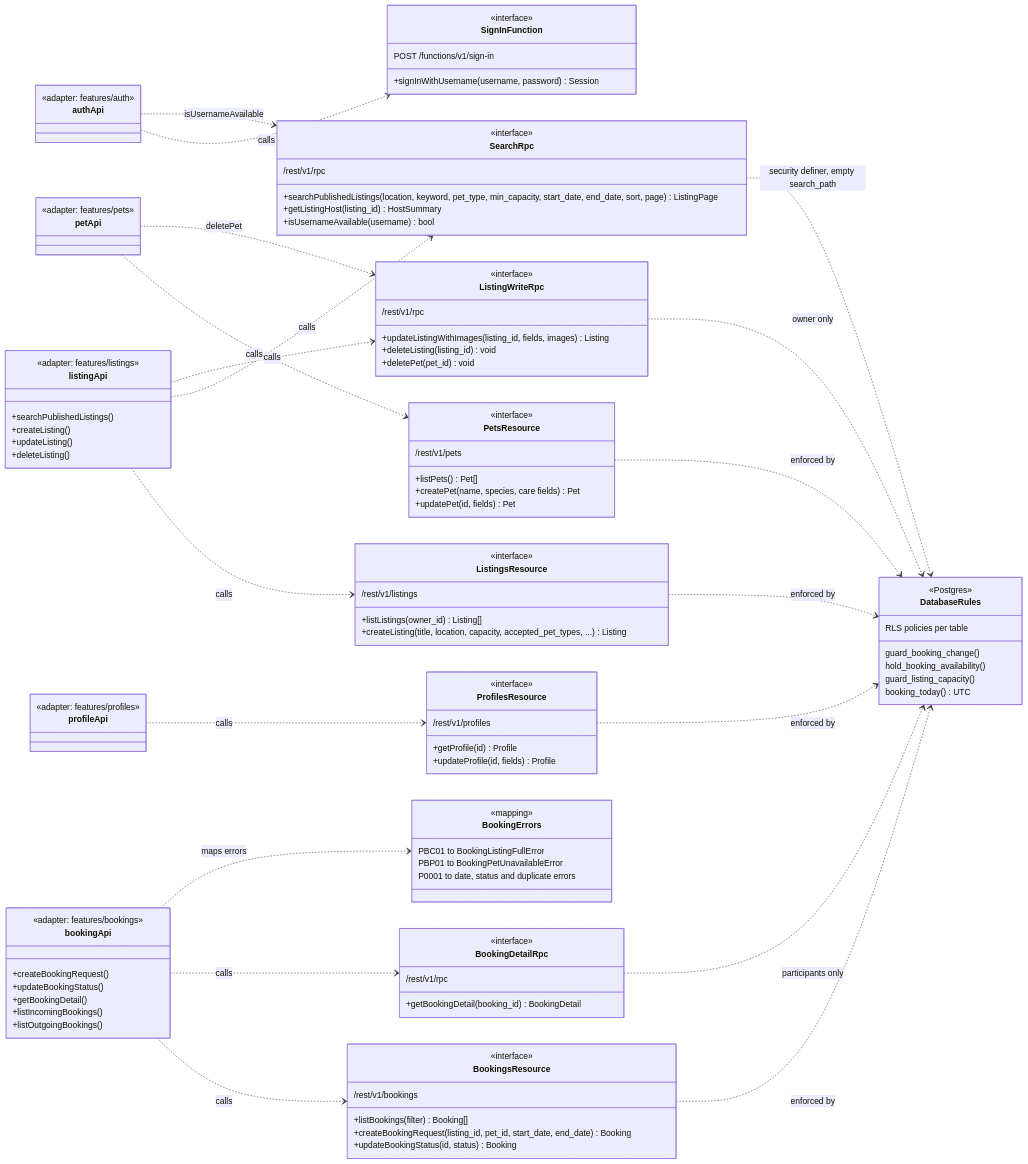
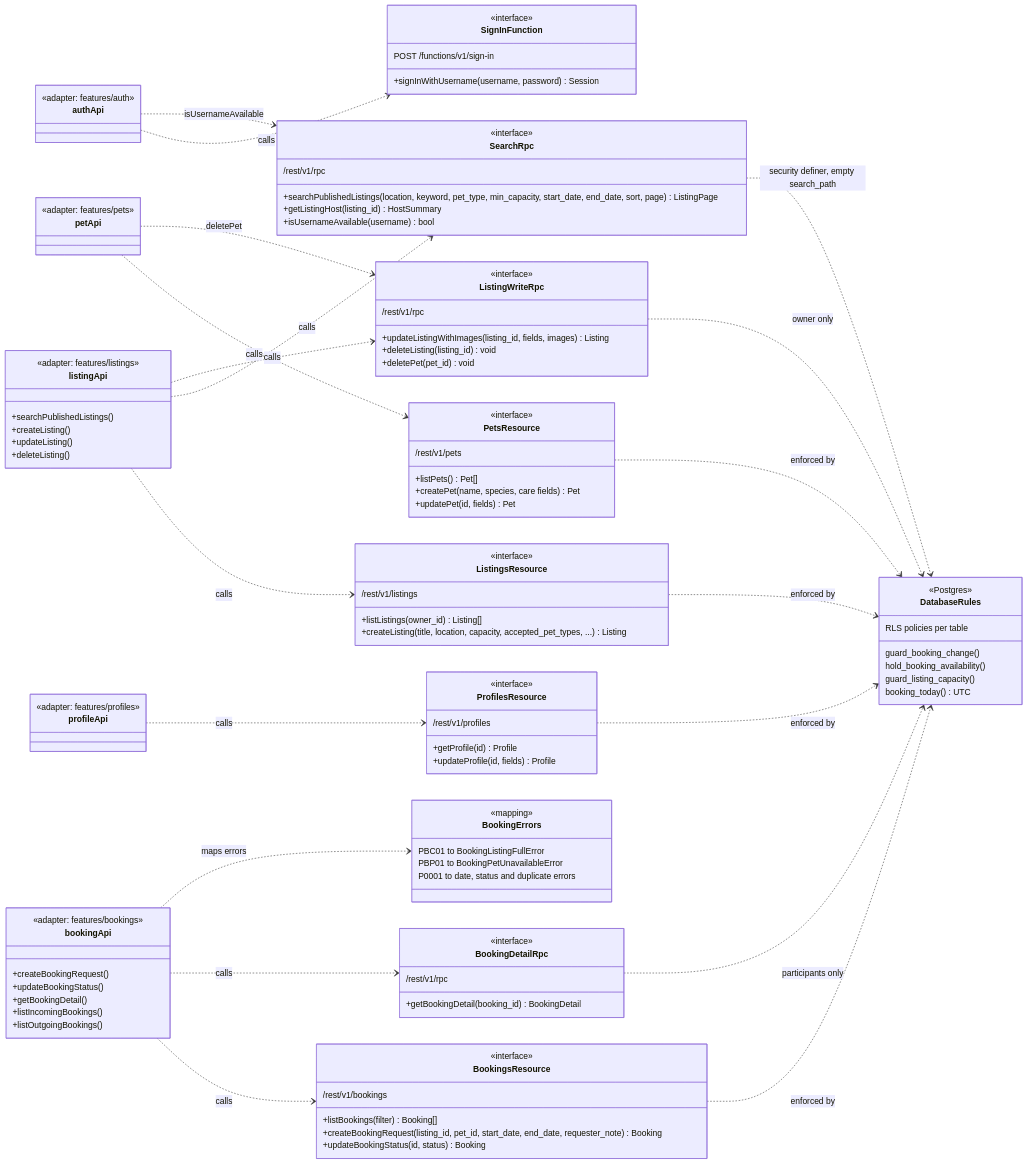
Diagram 12 of 14 in docs/design-document.md (ziannsnp/petswap), drawn with Mermaid before and after one commit. The commit also changed other lines of this file and 1 other file, not shown here.

```diff
--- a/docs/design-document.md
+++ b/docs/design-document.md
@@ -429,7 +438,7 @@
         <<interface>>
         /rest/v1/bookings
         +listBookings(filter) Booking[]
-        +createBookingRequest(listing_id, pet_id, start_date, end_date) Booking
+        +createBookingRequest(listing_id, pet_id, start_date, end_date, requester_note) Booking
         +updateBookingStatus(id, status) Booking
     }
     class ListingsResource {
```
